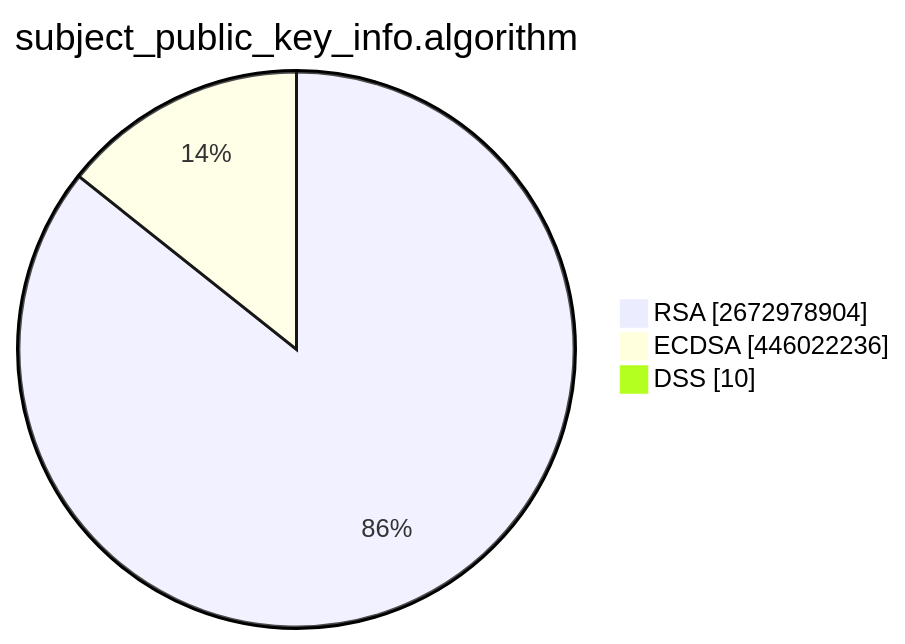
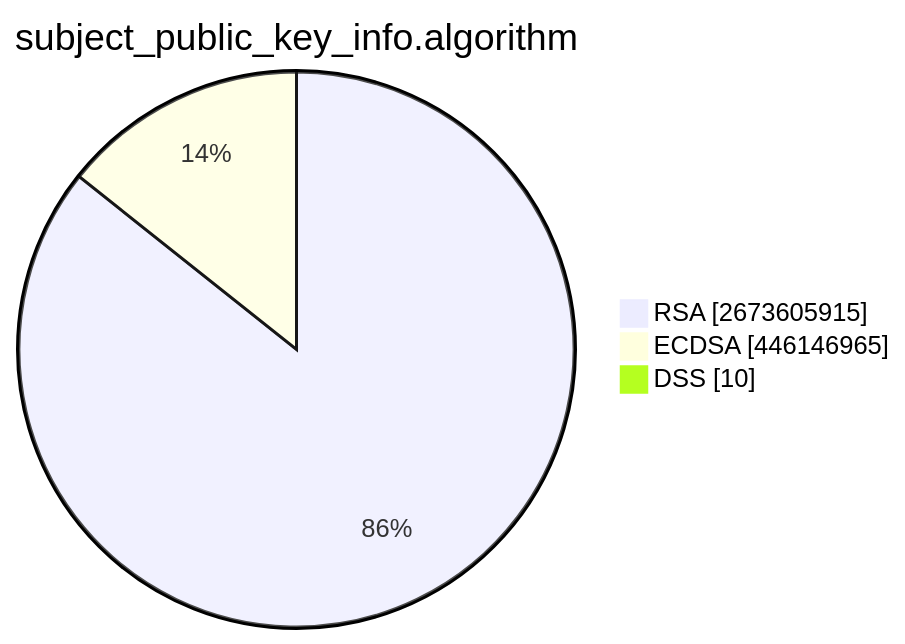
Before and after one commit to christiankrug/ctmonitor_visualization: the second of 15 diagrams in TOTAL/README.md, drawn with Mermaid. The commit also changed other lines of this file, not shown here.

````diff
--- a/TOTAL/README.md
+++ b/TOTAL/README.md
@@ -6,7 +6,7 @@
 ```mermaid
 pie showData
 title subject_public_key_info.algorithm
-"RSA" :2672978904
-"ECDSA" :446022236
+"RSA" :2673605915
+"ECDSA" :446146965
 "DSS" :10
 ```
````
